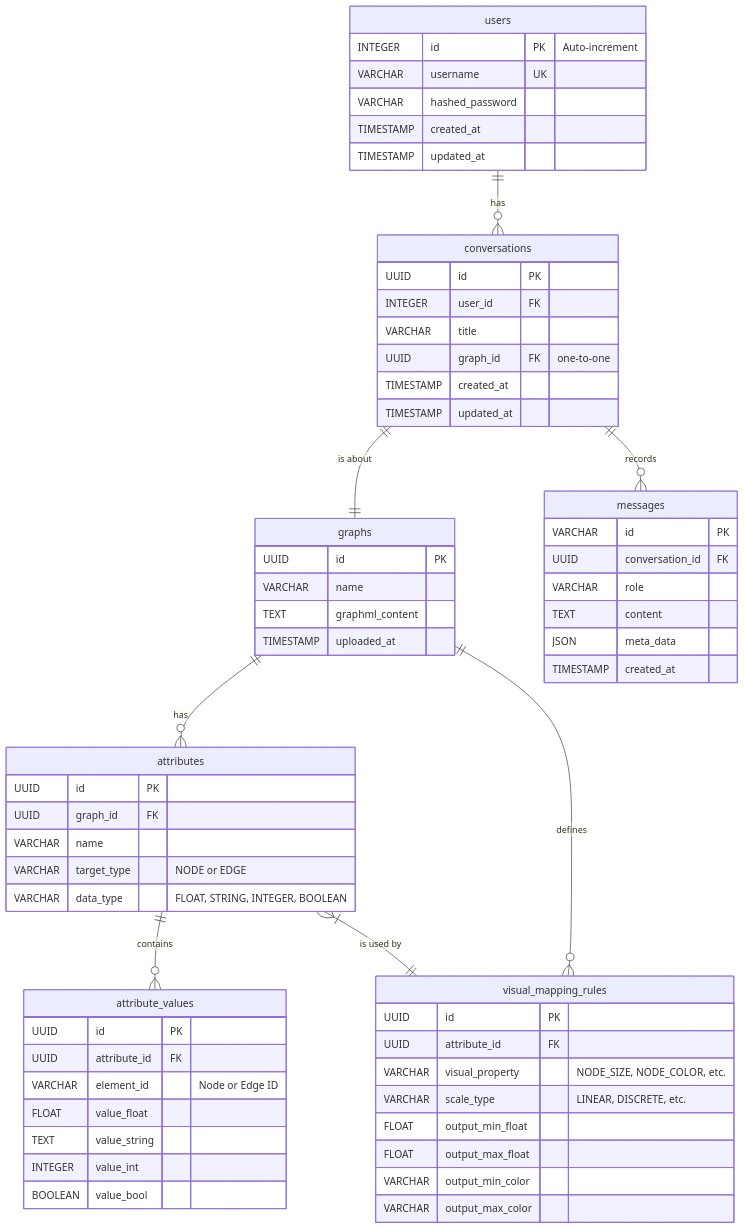
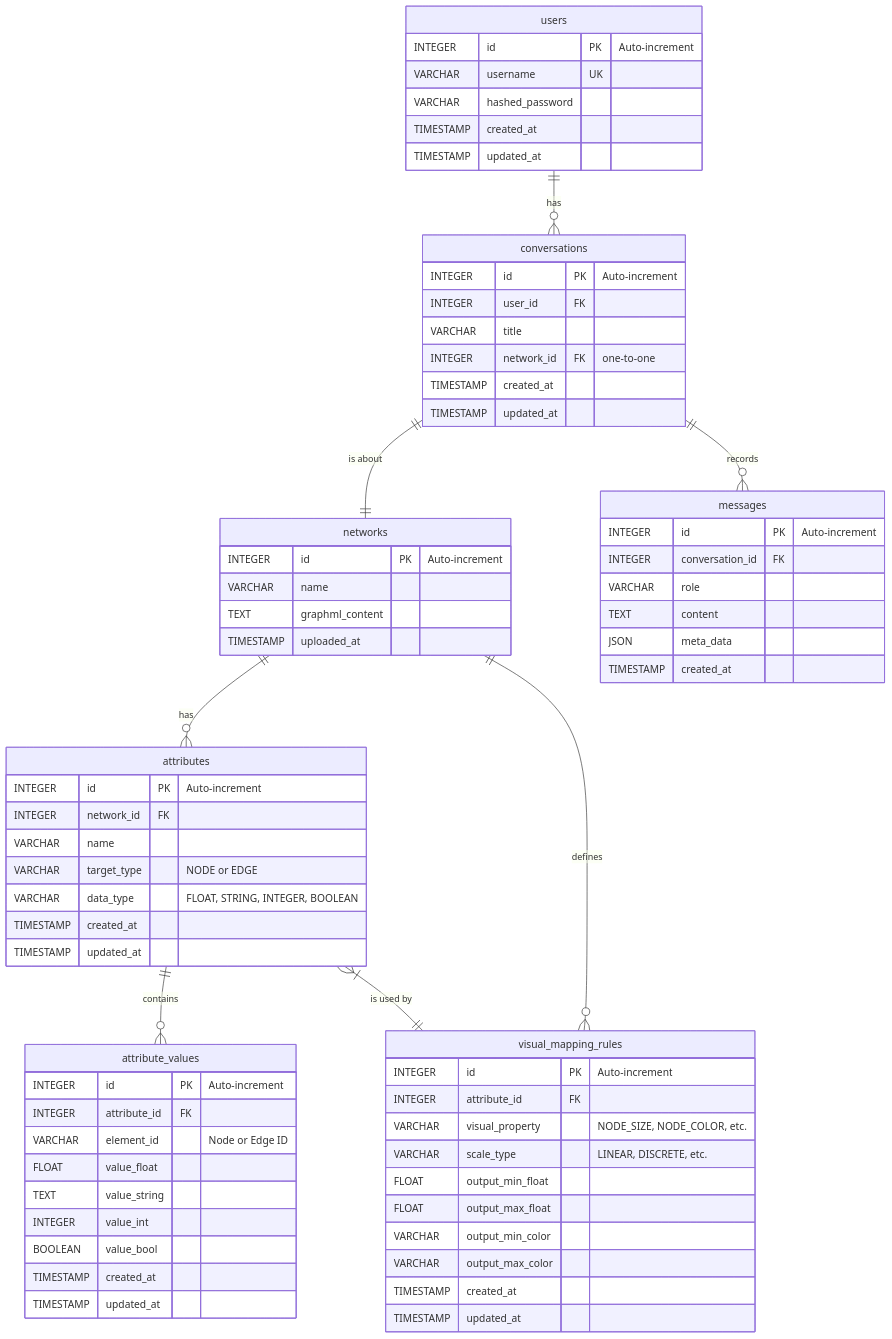
The diagram in specification/database-schema.md (vdslab/LLMGraphvis), drawn with Mermaid before and after one commit. The commit also changed other lines of this file and 7 other files, not shown here.

````diff
--- a/specification/database-schema.md
+++ b/specification/database-schema.md
@@ -23,72 +23,78 @@
 ```mermaid
 erDiagram
     users ||--o{ conversations : "has"
-    conversations ||--|| graphs : "is about"
+    conversations ||--|| networks : "is about"
     conversations ||--o{ messages : "records"
-    graphs ||--o{ attributes : "has"
+    networks ||--o{ attributes : "has"
     attributes ||--o{ attribute_values : "contains"
-    graphs ||--o{ visual_mapping_rules : "defines"
+    networks ||--o{ visual_mapping_rules : "defines"
     attributes }|--|| visual_mapping_rules : "is used by"
 
     users {
         INTEGER id PK "Auto-increment"
         VARCHAR username UK
         VARCHAR hashed_password
         TIMESTAMP created_at
         TIMESTAMP updated_at
     }
 
     conversations {
-        UUID id PK
+        INTEGER id PK "Auto-increment"
         INTEGER user_id FK
         VARCHAR title
-        UUID graph_id FK "one-to-one"
+        INTEGER network_id FK "one-to-one"
         TIMESTAMP created_at
         TIMESTAMP updated_at
     }
 
-    graphs {
-        UUID id PK
+    networks {
+        INTEGER id PK "Auto-increment"
         VARCHAR name
         TEXT graphml_content
         TIMESTAMP uploaded_at
     }
 
     messages {
-        VARCHAR id PK
-        UUID conversation_id FK
+        INTEGER id PK "Auto-increment"
+        INTEGER conversation_id FK
         VARCHAR role
         TEXT content
         JSON meta_data
         TIMESTAMP created_at
     }
 
     attributes {
-        UUID id PK
-        UUID graph_id FK
+        INTEGER id PK "Auto-increment"
+        INTEGER network_id FK
         VARCHAR name
         VARCHAR target_type "NODE or EDGE"
         VARCHAR data_type "FLOAT, STRING, INTEGER, BOOLEAN"
+        TIMESTAMP created_at
+        TIMESTAMP updated_at
     }
 
     attribute_values {
-        UUID id PK
-        UUID attribute_id FK
+        INTEGER id PK "Auto-increment"
+        INTEGER attribute_id FK
         VARCHAR element_id "Node or Edge ID"
         FLOAT value_float
         TEXT value_string
         INTEGER value_int
         BOOLEAN value_bool
+        TIMESTAMP created_at
+        TIMESTAMP updated_at
     }
 
     visual_mapping_rules {
-        UUID id PK
-        UUID attribute_id FK
+        INTEGER id PK "Auto-increment"
+        INTEGER attribute_id FK
         VARCHAR visual_property "NODE_SIZE, NODE_COLOR, etc."
         VARCHAR scale_type "LINEAR, DISCRETE, etc."
         FLOAT output_min_float
         FLOAT output_max_float
         VARCHAR output_min_color
         VARCHAR output_max_color
+        TIMESTAMP created_at
+        TIMESTAMP updated_at
     }
 ```
````
